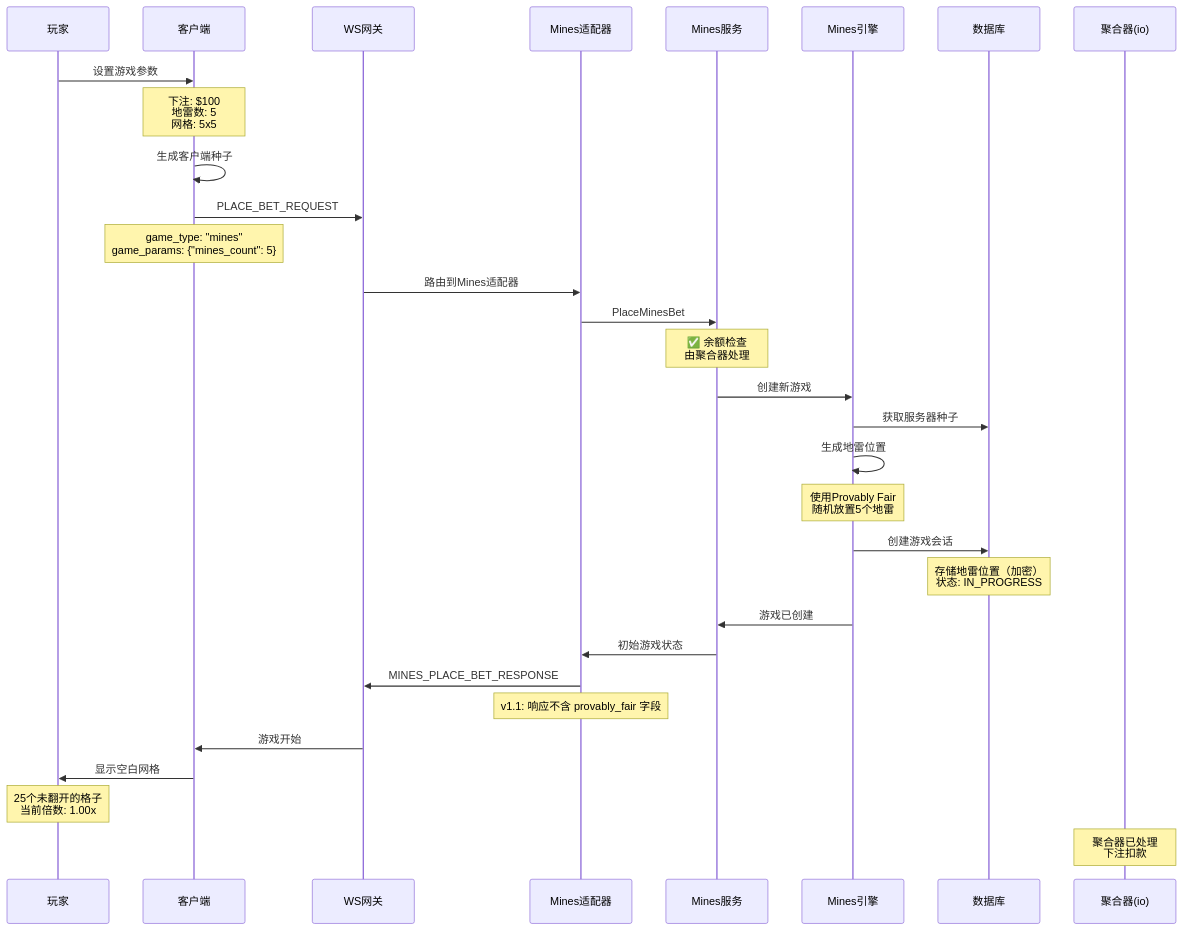
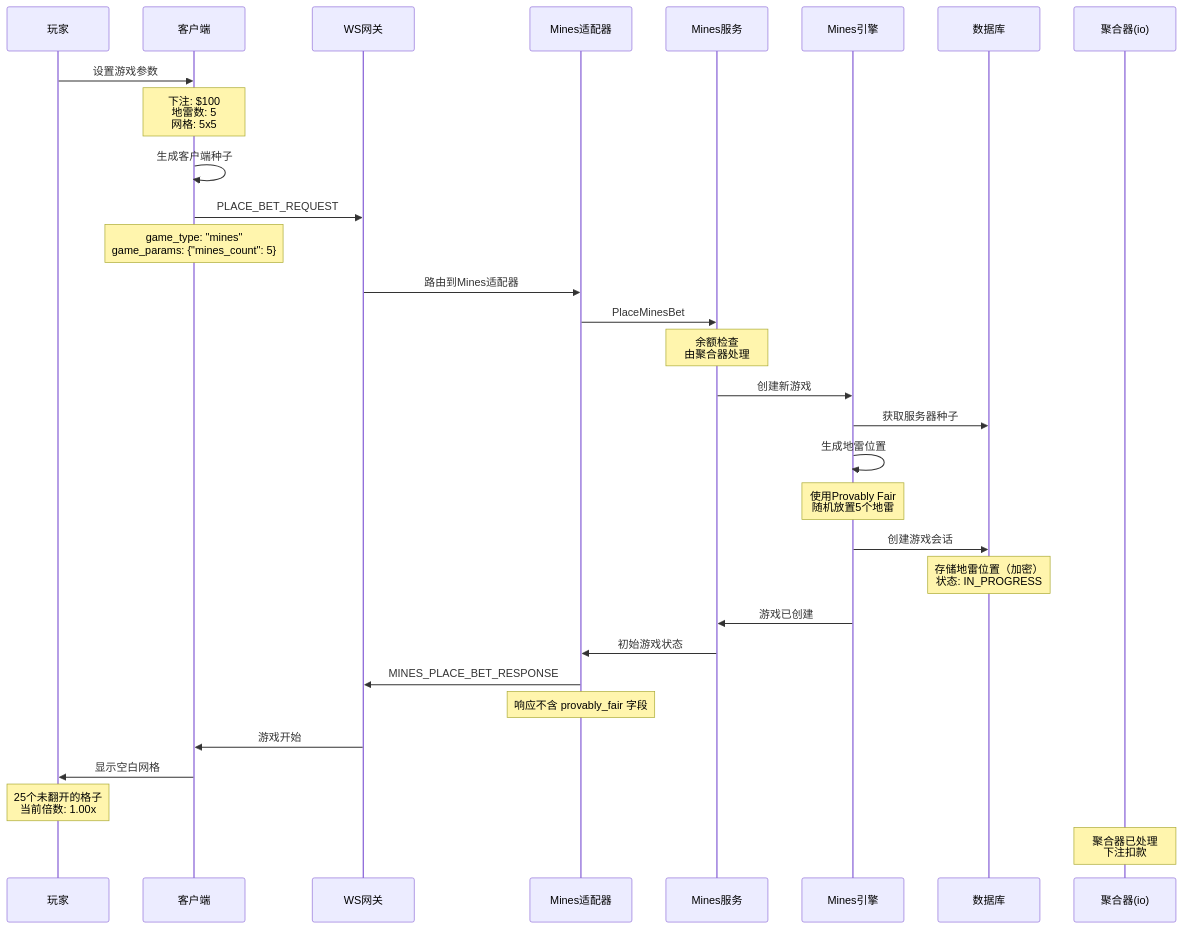
One commit to infigaming-com/invoker-gh-pages changed the ninth of 32 diagrams in sequence-diagrams-zh.md. Above: the diagram before and after it, drawn with Mermaid. The commit also changed other lines of this file and 3 other files, not shown here.

````diff
--- a/sequence-diagrams-zh.md
+++ b/sequence-diagrams-zh.md
@@ -425,43 +425,43 @@
 ```mermaid
 sequenceDiagram
     participant Player as 玩家
     participant Client as 客户端
     participant WSGateway as WS网关
     participant MinesAdapter as Mines适配器
     participant MinesService as Mines服务
     participant MinesEngine as Mines引擎
     participant Database as 数据库
     participant Aggregator as 聚合器(io)
 
     Player->>Client: 设置游戏参数
     Note over Client: 下注: $100<br/>地雷数: 5<br/>网格: 5x5
     
     Client->>Client: 生成客户端种子
     Client->>WSGateway: PLACE_BET_REQUEST
     Note over Client: game_type: "mines"<br/>game_params: {"mines_count": 5}
     
     WSGateway->>MinesAdapter: 路由到Mines适配器
     MinesAdapter->>MinesService: PlaceMinesBet
     
-    Note over MinesService: ✅ 余额检查<br/>由聚合器处理
+    Note over MinesService: 余额检查<br/>由聚合器处理
     
     MinesService->>MinesEngine: 创建新游戏
     MinesEngine->>Database: 获取服务器种子
     MinesEngine->>MinesEngine: 生成地雷位置
     Note over MinesEngine: 使用Provably Fair<br/>随机放置5个地雷
     
     MinesEngine->>Database: 创建游戏会话
     Note over Database: 存储地雷位置（加密）<br/>状态: IN_PROGRESS
     
     MinesEngine->>MinesService: 游戏已创建
     MinesService->>MinesAdapter: 初始游戏状态
     
     MinesAdapter->>WSGateway: MINES_PLACE_BET_RESPONSE
-    Note over MinesAdapter: v1.1: 响应不含 provably_fair 字段
+    Note over MinesAdapter: 响应不含 provably_fair 字段
     WSGateway->>Client: 游戏开始
     
     Client->>Player: 显示空白网格
     Note over Player: 25个未翻开的格子<br/>当前倍数: 1.00x
 
     Note over Aggregator: 聚合器已处理<br/>下注扣款
 ```
````
